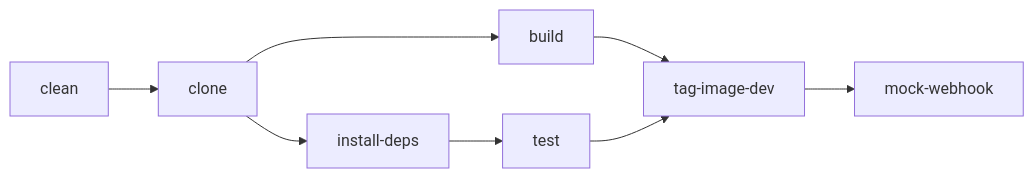
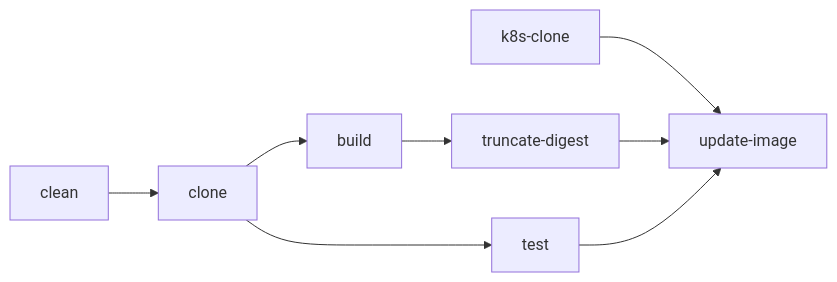
Before and after one commit to rh-hcas-emea/demo-gitops-cicd: the second of 3 diagrams in cicd/pipelines/README.md, drawn with Mermaid. The commit also changed other lines of this file and 3 other files, not shown here.

````diff
--- a/cicd/pipelines/README.md
+++ b/cicd/pipelines/README.md
@@ -58,10 +69,10 @@
 ```mermaid
 flowchart LR
     clean-->clone
-    clone-->install-deps
+    clone-->test
     clone-->build
-    install-deps-->test
-    build-->tag-image-dev
-    test-->tag-image-dev
-    tag-image-dev-->mock-webhook
+    build-->truncate-digest
+    k8s-clone-->update-image
+    truncate-digest-->update-image
+    test-->update-image
 ```
````
